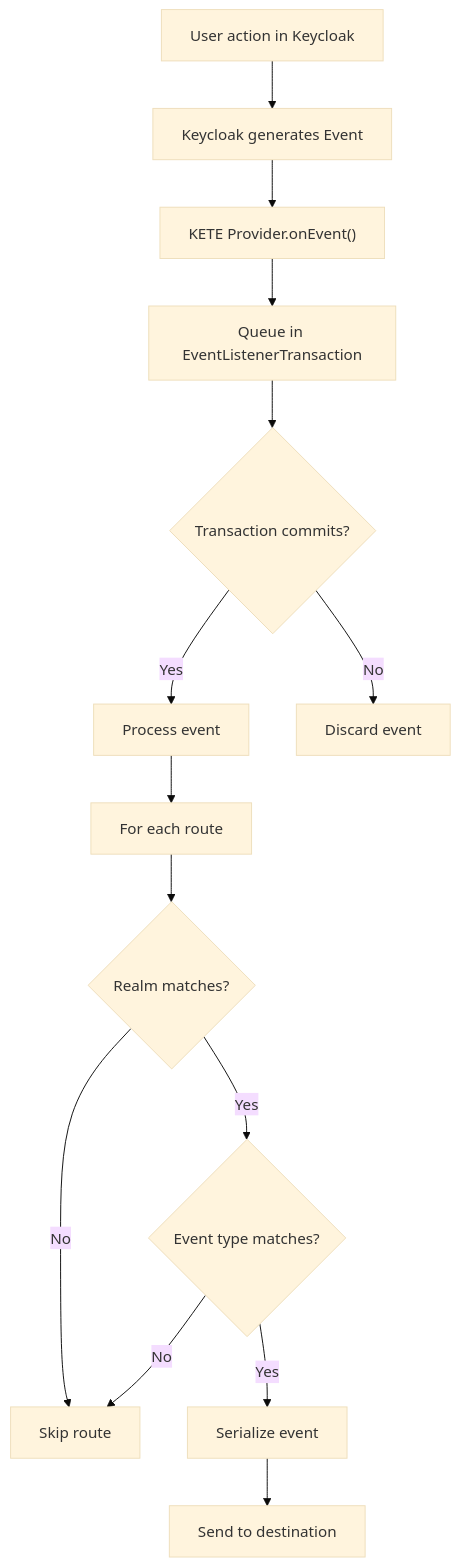
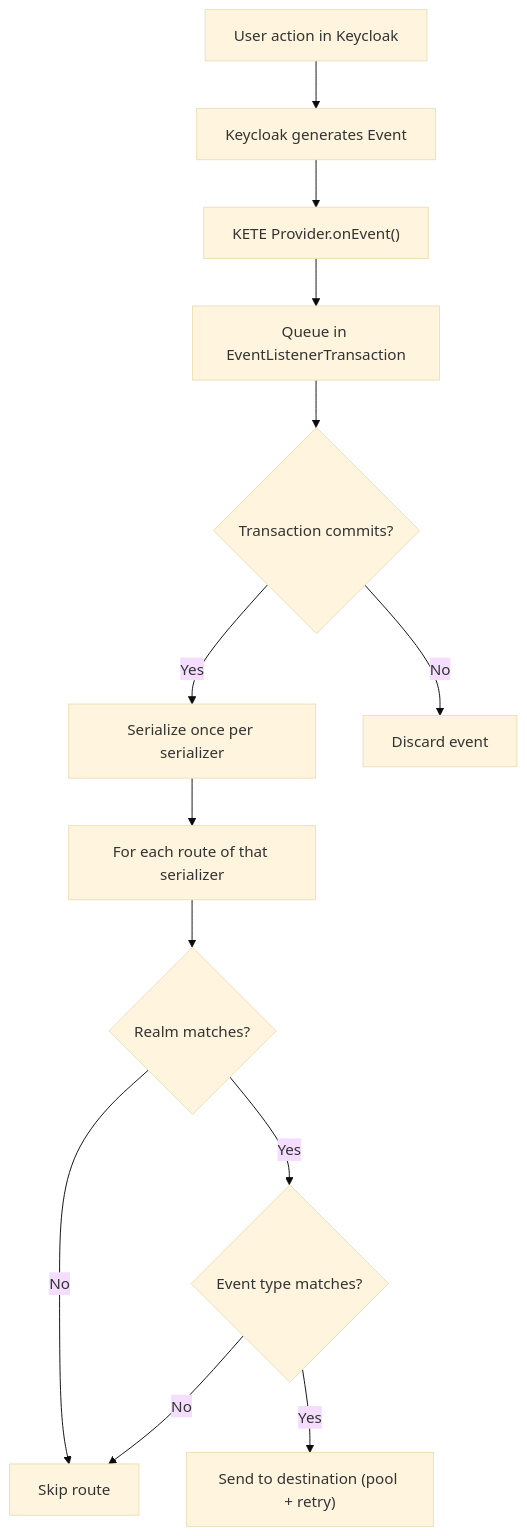
One commit to FortuneN/kete changed the second of 5 diagrams in docs/developer-guide/how-it-works.md. Above: the diagram before and after it, drawn with Mermaid (base theme). The commit also changed 33 other files, not shown here.

````diff
--- a/docs/developer-guide/how-it-works.md
+++ b/docs/developer-guide/how-it-works.md
@@ -25,16 +25,15 @@
 ```mermaid
 flowchart TD
     A["User action in Keycloak"] --> B["Keycloak generates Event"]
     B --> C["KETE Provider.onEvent()"]
     C --> D["Queue in EventListenerTransaction"]
     D --> E{"Transaction commits?"}
-    E -->|Yes| F["Process event"]
+    E -->|Yes| F["Serialize once per serializer"]
     E -->|No| G["Discard event"]
-    F --> H["For each route"]
+    F --> H["For each route of that serializer"]
     H --> I{"Realm matches?"}
     I -->|No| J["Skip route"]
     I -->|Yes| K{"Event type matches?"}
     K -->|No| J
-    K -->|Yes| L["Serialize event"]
-    L --> M["Send to destination"]
+    K -->|Yes| M["Send to destination (pool + retry)"]
 ```
````
